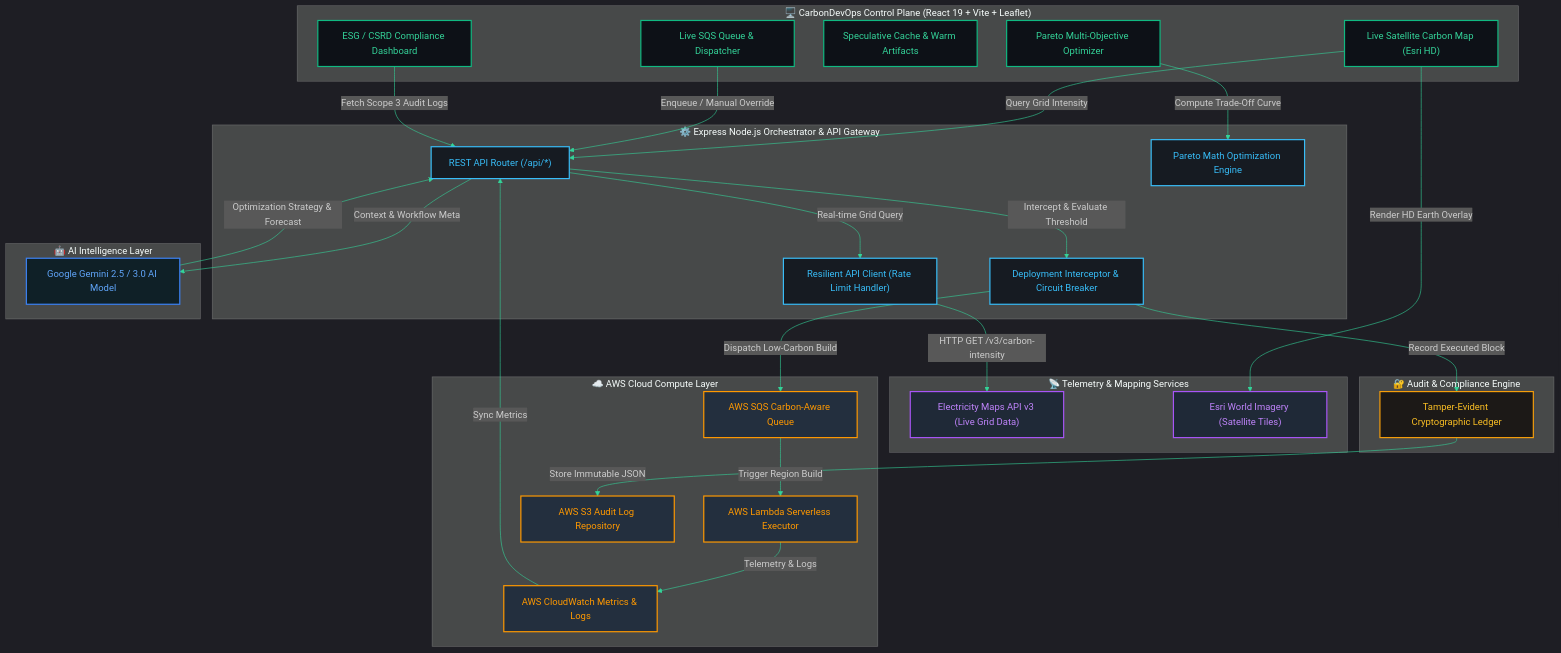
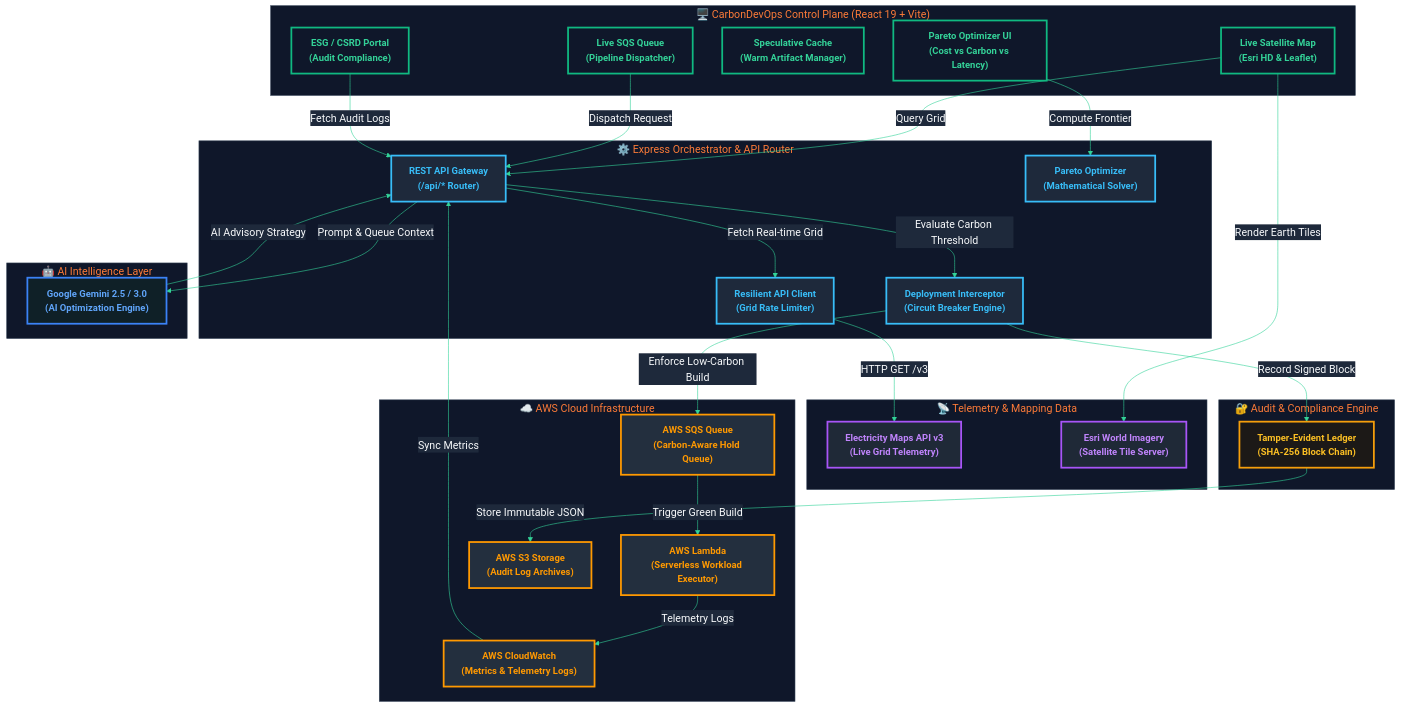
Before and after one commit to Jacksonfio/CarbonDevOps: the first of 2 diagrams in README.md, drawn with Mermaid. The commit also changed other lines of this file, not shown here.

Commit message:
style: increase Mermaid architecture and sequence diagram font sizes and high contrast styling

````diff
--- a/README.md
+++ b/README.md
@@ -64,78 +64,86 @@
 ```mermaid
 %%{
   init: {
-    'theme': 'dark',
+    'theme': 'base',
     'themeVariables': {
+      'fontSize': '18px',
+      'fontFamily': 'Inter, system-ui, -apple-system, sans-serif',
       'primaryColor': '#0F172A',
       'primaryTextColor': '#F8FAFC',
       'primaryBorderColor': '#10B981',
       'lineColor': '#34D399',
       'secondaryColor': '#1E293B',
-      'tertiaryColor': '#0284C7'
+      'tertiaryColor': '#0284C7',
+      'labelBackground': '#1E293B',
+      'clusterBkg': '#0F172A',
+      'clusterBorder': '#334155',
+      'actorFontSize': '18px',
+      'messageFontSize': '16px',
+      'noteFontSize': '16px'
     }
   }
 }%%
 graph TD
-    classDef frontend fill:#0d1117,stroke:#10B981,stroke-width:2px,color:#34D399;
-    classDef backend fill:#161b22,stroke:#38BDF8,stroke-width:2px,color:#38BDF8;
-    classDef aws fill:#232f3e,stroke:#FF9900,stroke-width:2px,color:#FF9900;
-    classDef ext fill:#1f2937,stroke:#A855F7,stroke-width:2px,color:#C084FC;
-    classDef ai fill:#0f2027,stroke:#3B82F6,stroke-width:2px,color:#60A5FA;
-    classDef ledger fill:#1c1917,stroke:#F59E0B,stroke-width:2px,color:#FBBF24;
+    classDef frontend fill:#0F172A,stroke:#10B981,stroke-width:3px,color:#34D399,font-size:16px,font-weight:bold;
+    classDef backend fill:#1E293B,stroke:#38BDF8,stroke-width:3px,color:#38BDF8,font-size:16px,font-weight:bold;
+    classDef aws fill:#232F3E,stroke:#FF9900,stroke-width:3px,color:#FF9900,font-size:16px,font-weight:bold;
+    classDef ext fill:#1F2937,stroke:#A855F7,stroke-width:3px,color:#C084FC,font-size:16px,font-weight:bold;
+    classDef ai fill:#0F2027,stroke:#3B82F6,stroke-width:3px,color:#60A5FA,font-size:16px,font-weight:bold;
+    classDef ledger fill:#1C1917,stroke:#F59E0B,stroke-width:3px,color:#FBBF24,font-size:16px,font-weight:bold;
 
-    subgraph Client["🖥️ CarbonDevOps Control Plane (React 19 + Vite + Leaflet)"]
-        UI["Live Satellite Carbon Map (Esri HD)"]:::frontend
-        ParetoUI["Pareto Multi-Objective Optimizer"]:::frontend
-        SpecUI["Speculative Cache & Warm Artifacts"]:::frontend
-        QueueUI["Live SQS Queue & Dispatcher"]:::frontend
-        AuditUI["ESG / CSRD Compliance Dashboard"]:::frontend
+    subgraph Client["🖥️ CarbonDevOps Control Plane (React 19 + Vite)"]
+        UI["<b>Live Satellite Map</b><br/>(Esri HD & Leaflet)"]:::frontend
+        ParetoUI["<b>Pareto Optimizer UI</b><br/>(Cost vs Carbon vs Latency)"]:::frontend
+        SpecUI["<b>Speculative Cache</b><br/>(Warm Artifact Manager)"]:::frontend
+        QueueUI["<b>Live SQS Queue</b><br/>(Pipeline Dispatcher)"]:::frontend
+        AuditUI["<b>ESG / CSRD Portal</b><br/>(Audit Compliance)"]:::frontend
     end
 
-    subgraph Server["⚙️ Express Node.js Orchestrator & API Gateway"]
-        API["REST API Router (/api/*)"]:::backend
-        Interceptor["Deployment Interceptor & Circuit Breaker"]:::backend
-        ResilientClient["Resilient API Client (Rate Limit Handler)"]:::backend
-        ParetoEngine["Pareto Math Optimization Engine"]:::backend
+    subgraph Server["⚙️ Express Orchestrator & API Router"]
+        API["<b>REST API Gateway</b><br/>(/api/* Router)"]:::backend
+        Interceptor["<b>Deployment Interceptor</b><br/>(Circuit Breaker Engine)"]:::backend
+        ResilientClient["<b>Resilient API Client</b><br/>(Grid Rate Limiter)"]:::backend
+        ParetoEngine["<b>Pareto Optimizer</b><br/>(Mathematical Solver)"]:::backend
     end
 
     subgraph AI["🤖 AI Intelligence Layer"]
-        Gemini["Google Gemini 2.5 / 3.0 AI Model"]:::ai
+        Gemini["<b>Google Gemini 2.5 / 3.0</b><br/>(AI Optimization Engine)"]:::ai
     end
 
-    subgraph External["📡 Telemetry & Mapping Services"]
-        EM["Electricity Maps API v3 (Live Grid Data)"]:::ext
-        Esri["Esri World Imagery (Satellite Tiles)"]:::ext
+    subgraph External["📡 Telemetry & Mapping Data"]
+        EM["<b>Electricity Maps API v3</b><br/>(Live Grid Telemetry)"]:::ext
+        Esri["<b>Esri World Imagery</b><br/>(Satellite Tile Server)"]:::ext
     end
 
-    subgraph AWS["☁️ AWS Cloud Compute Layer"]
-        SQS["AWS SQS Carbon-Aware Queue"]:::aws
-        Lambda["AWS Lambda Serverless Executor"]:::aws
-        CloudWatch["AWS CloudWatch Metrics & Logs"]:::aws
-        S3["AWS S3 Audit Log Repository"]:::aws
+    subgraph AWS["☁️ AWS Cloud Infrastructure"]
+        SQS["<b>AWS SQS Queue</b><br/>(Carbon-Aware Hold Queue)"]:::aws
+        Lambda["<b>AWS Lambda</b><br/>(Serverless Workload Executor)"]:::aws
+        CloudWatch["<b>AWS CloudWatch</b><br/>(Metrics & Telemetry Logs)"]:::aws
+        S3["<b>AWS S3 Storage</b><br/>(Audit Log Archives)"]:::aws
     end
 
     subgraph Security["🔐 Audit & Compliance Engine"]
-        Ledger["Tamper-Evident Cryptographic Ledger"]:::ledger
+        Ledger["<b>Tamper-Evident Ledger</b><br/>(SHA-256 Block Chain)"]:::ledger
     end
 
-    UI -->|Query Grid Intensity| API
-    QueueUI -->|Enqueue / Manual Override| API
-    ParetoUI -->|Compute Trade-Off Curve| ParetoEngine
-    AuditUI -->|Fetch Scope 3 Audit Logs| API
+    UI -->|Query Grid| API
+    QueueUI -->|Dispatch Request| API
+    ParetoUI -->|Compute Frontier| ParetoEngine
+    AuditUI -->|Fetch Audit Logs| API
 
-    API -->|Real-time Grid Query| ResilientClient
-    ResilientClient -->|HTTP GET /v3/carbon-intensity| EM
-    UI -->|Render HD Earth Overlay| Esri
+    API -->|Fetch Real-time Grid| ResilientClient
+    ResilientClient -->|HTTP GET /v3| EM
+    UI -->|Render Earth Tiles| Esri
 
-    API -->|Context & Workflow Meta| Gemini
-    Gemini -->|Optimization Strategy & Forecast| API
+    API -->|Prompt & Queue Context| Gemini
+    Gemini -->|AI Advisory Strategy| API
 
-    API -->|Intercept & Evaluate Threshold| Interceptor
-    Interceptor -->|Dispatch Low-Carbon Build| SQS
-    SQS -->|Trigger Region Build| Lambda
-    Lambda -->|Telemetry & Logs| CloudWatch
+    API -->|Evaluate Carbon Threshold| Interceptor
+    Interceptor -->|Enforce Low-Carbon Build| SQS
+    SQS -->|Trigger Green Build| Lambda
+    Lambda -->|Telemetry Logs| CloudWatch
     CloudWatch -->|Sync Metrics| API
 
-    Interceptor -->|Record Executed Block| Ledger
+    Interceptor -->|Record Signed Block| Ledger
     Ledger -->|Store Immutable JSON| S3
 ```
````
